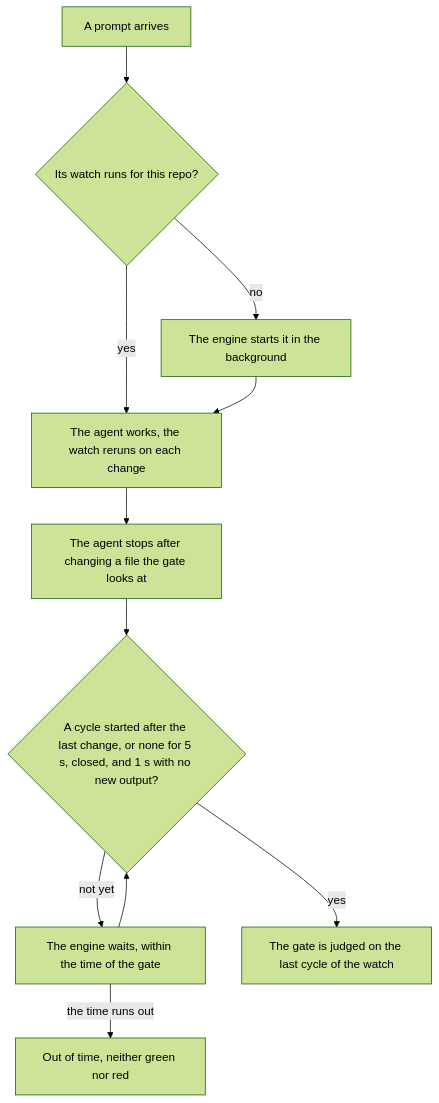
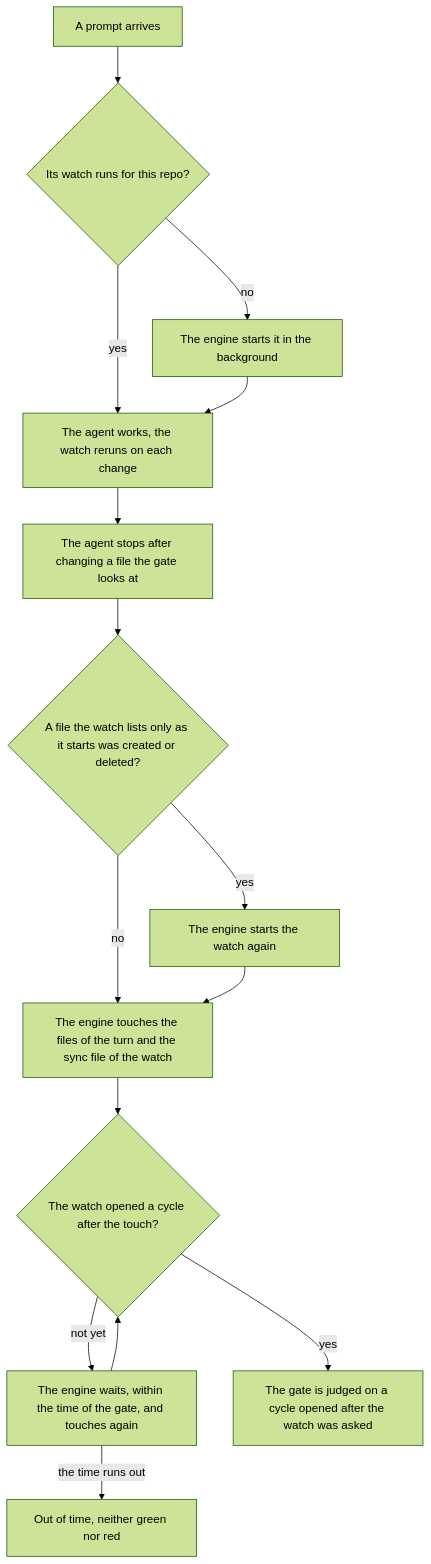
The third of 4 diagrams in docs/turn.md (mopi1402/tayomi-deterministic-gates), drawn with Mermaid (forest theme) before and after one commit. The commit also changed 24 other files, not shown here.

Commit message:
Release 0.7.0: judge a watch on a cycle it was asked for, and a strict template gate

````diff
--- a/docs/turn.md
+++ b/docs/turn.md
@@ -59,13 +59,17 @@
 ```mermaid
 flowchart TD
     prompt[A prompt arrives] --> running{Its watch runs for this repo?}
     running -- no --> launch[The engine starts it in the background]
     running -- yes --> work
     launch --> work[The agent works, the watch reruns on each change]
     work --> stop[The agent stops after changing a file the gate looks at]
-    stop --> settled{A cycle started after the last change, or none for 5 s, closed, and 1 s with no new output?}
-    settled -- not yet --> wait[The engine waits, within the time of the gate]
-    wait --> settled
-    settled -- yes --> last[The gate is judged on the last cycle of the watch]
+    stop --> frozen{A file the watch lists only as it starts was created or deleted?}
+    frozen -- yes --> again[The engine starts the watch again]
+    frozen -- no --> ask
+    again --> ask[The engine touches the files of the turn and the sync file of the watch]
+    ask --> answered{The watch opened a cycle after the touch?}
+    answered -- not yet --> wait[The engine waits, within the time of the gate, and touches again]
+    wait --> answered
+    answered -- yes --> last[The gate is judged on a cycle opened after the watch was asked]
     wait -- the time runs out --> late[Out of time, neither green nor red]
 ```
````
